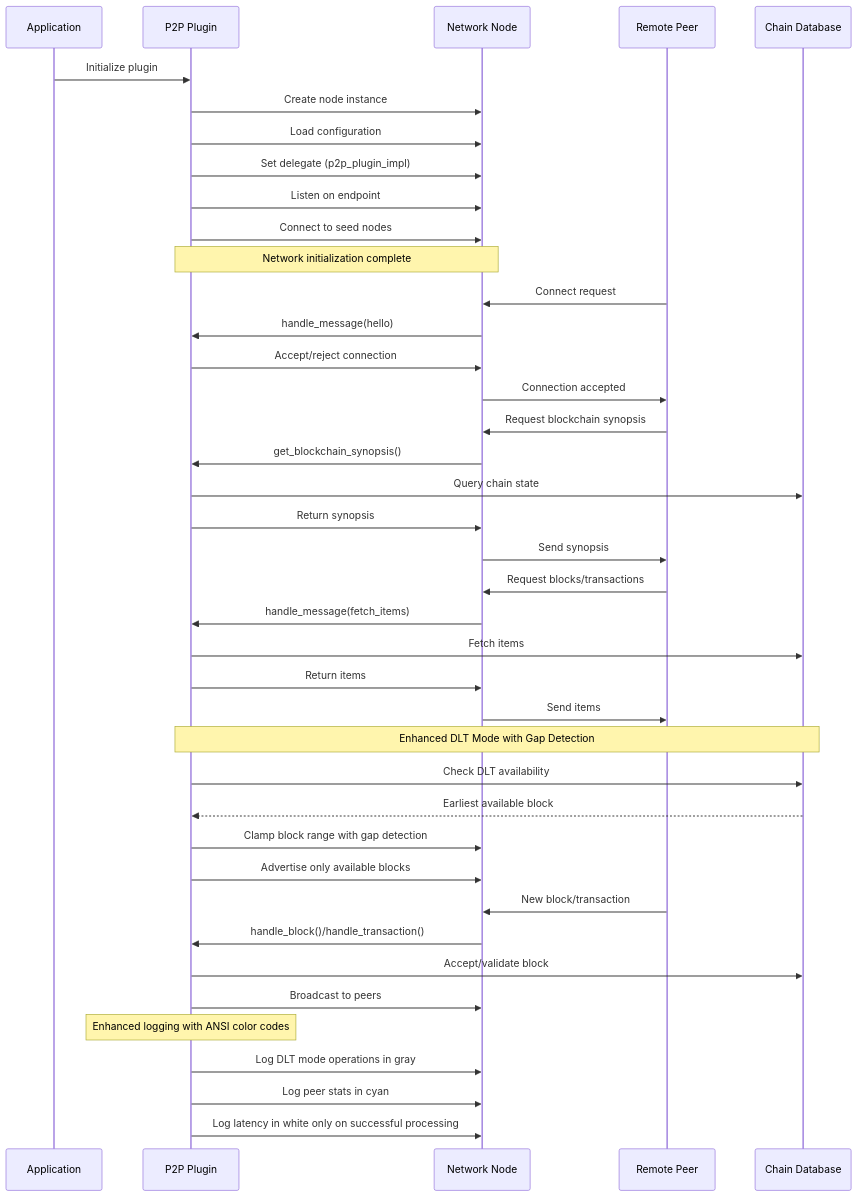
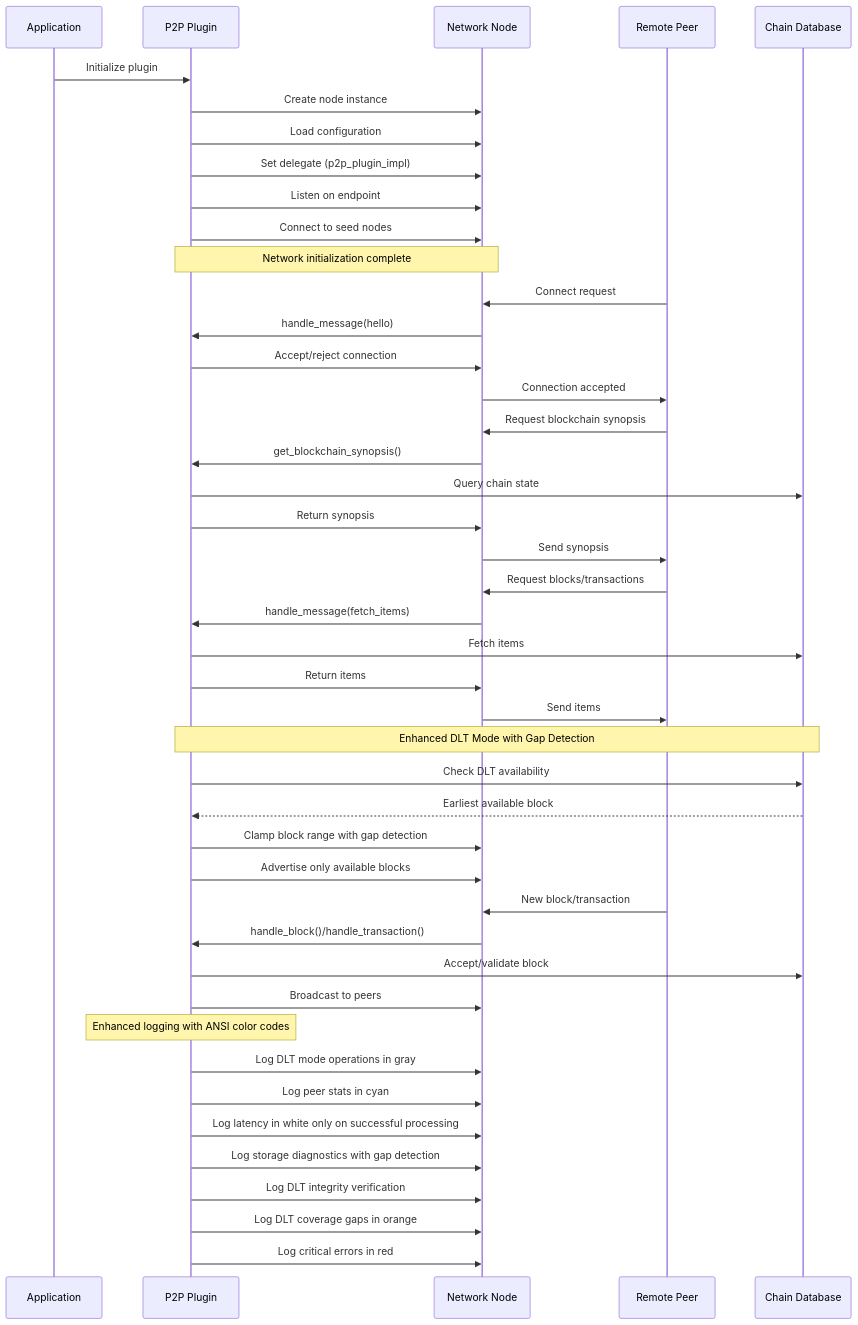
Before and after one commit to VIZ-Blockchain/viz-cpp-node: the fourth of 39 diagrams in .qoder/repowiki/en/content/P2p Plugin.md, drawn with Mermaid. The commit also changed other lines of this file and 7 other files, not shown here.

First line of the commit message:
feat(dlt_block_log): enhance Windows compatibility and automatic gap recovery

````diff
--- a/.qoder/repowiki/en/content/P2p Plugin.md
+++ b/.qoder/repowiki/en/content/P2p Plugin.md
@@ -264,42 +232,46 @@
 ```mermaid
 sequenceDiagram
 participant App as Application
 participant P2P as P2P Plugin
 participant Node as Network Node
 participant Peer as Remote Peer
 participant Chain as Chain Database
 App->>P2P : Initialize plugin
 P2P->>Node : Create node instance
 P2P->>Node : Load configuration
 P2P->>Node : Set delegate (p2p_plugin_impl)
 P2P->>Node : Listen on endpoint
 P2P->>Node : Connect to seed nodes
 Note over P2P,Node : Network initialization complete
 Peer->>Node : Connect request
 Node->>P2P : handle_message(hello)
 P2P->>Node : Accept/reject connection
 Node->>Peer : Connection accepted
 Peer->>Node : Request blockchain synopsis
 Node->>P2P : get_blockchain_synopsis()
 P2P->>Chain : Query chain state
 P2P->>Node : Return synopsis
 Node->>Peer : Send synopsis
 Peer->>Node : Request blocks/transactions
 Node->>P2P : handle_message(fetch_items)
 P2P->>Chain : Fetch items
 P2P->>Node : Return items
 Node->>Peer : Send items
 Note over P2P,Chain : Enhanced DLT Mode with Gap Detection
 P2P->>Chain : Check DLT availability
 Chain-->>P2P : Earliest available block
 P2P->>Node : Clamp block range with gap detection
 P2P->>Node : Advertise only available blocks
 Peer->>Node : New block/transaction
 Node->>P2P : handle_block()/handle_transaction()
 P2P->>Chain : Accept/validate block
 P2P->>Node : Broadcast to peers
 Note over P2P : Enhanced logging with ANSI color codes
 P2P->>Node : Log DLT mode operations in gray
 P2P->>Node : Log peer stats in cyan
 P2P->>Node : Log latency in white only on successful processing
+P2P->>Node : Log storage diagnostics with gap detection
+P2P->>Node : Log DLT integrity verification
+P2P->>Node : Log DLT coverage gaps in orange
+P2P->>Node : Log critical errors in red
 ```
````
